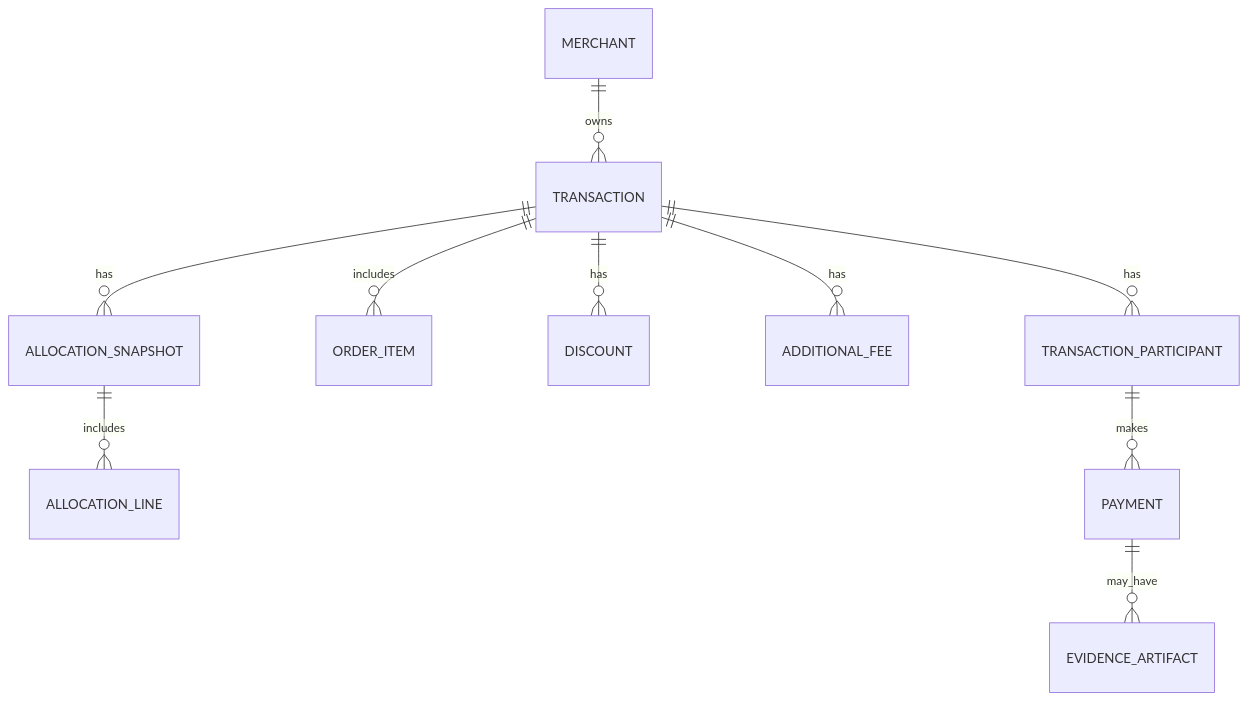
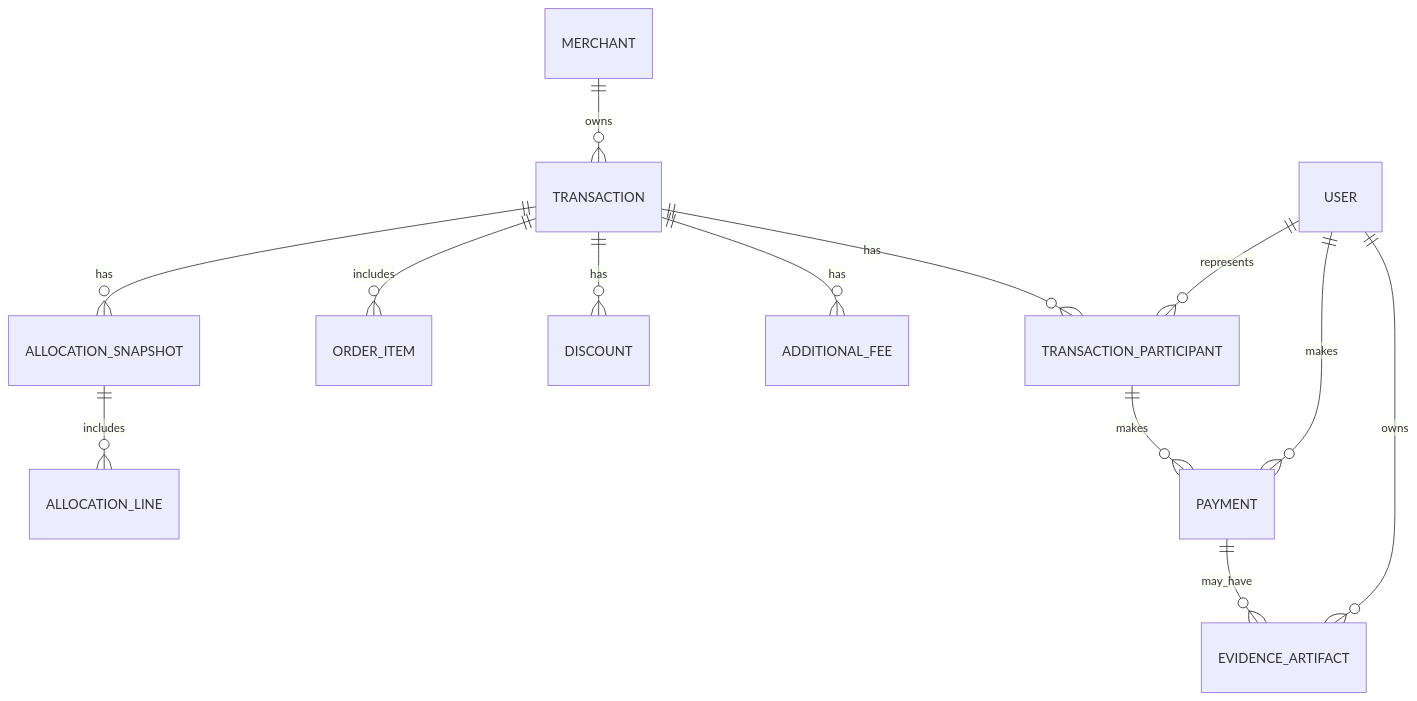
The diagram in docs/domain-model-and-erd.md (rianomp4/split_bill_with_ai), drawn with Mermaid before and after one commit. The commit also changed other lines of this file and 2 other files, not shown here.

Commit message:
fix: user management

````diff
--- a/docs/domain-model-and-erd.md
+++ b/docs/domain-model-and-erd.md
@@ -71,13 +82,16 @@
 ```mermaid
 erDiagram
   MERCHANT ||--o{ TRANSACTION : owns
   TRANSACTION ||--o{ TRANSACTION_PARTICIPANT : has
+  USER ||--o{ TRANSACTION_PARTICIPANT : represents
   TRANSACTION ||--o{ ORDER_ITEM : includes
   TRANSACTION ||--o{ DISCOUNT : has
   TRANSACTION ||--o{ ADDITIONAL_FEE : has
   TRANSACTION ||--o{ ALLOCATION_SNAPSHOT : has
   ALLOCATION_SNAPSHOT ||--o{ ALLOCATION_LINE : includes
   TRANSACTION_PARTICIPANT ||--o{ PAYMENT : makes
+  USER ||--o{ PAYMENT : makes
   PAYMENT ||--o{ EVIDENCE_ARTIFACT : may_have
+  USER ||--o{ EVIDENCE_ARTIFACT : owns
   %% AUDIT_LOG references many entities (polymorphic)
 ```
````
